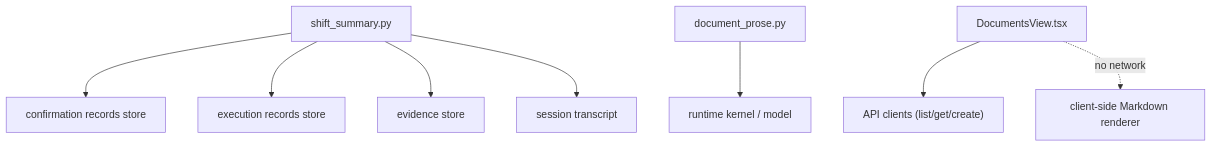
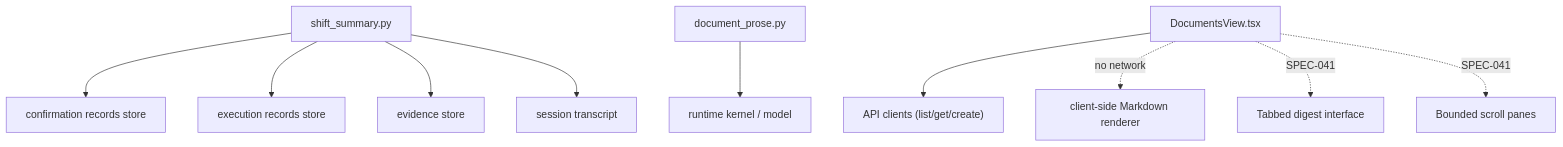
One commit to metasync/luban-aiops changed the eighth of 8 diagrams in .qoder/repowiki/en/content/Architecture Documentation/SPEC-040_ Shift-Summary Handover Narrative and Export.md. Above: the diagram before and after it, drawn with Mermaid. The commit also changed other lines of this file and 168 other files, not shown here.

````diff
--- a/.qoder/repowiki/en/content/Architecture Documentation/SPEC-040_ Shift-Summary Handover Narrative and Export.md
+++ b/.qoder/repowiki/en/content/Architecture Documentation/SPEC-040_ Shift-Summary Handover Narrative and Export.md
@@ -263,10 +318,12 @@
 ```mermaid
 graph TB
 SS["shift_summary.py"] --> CS["confirmation records store"]
 SS --> ES["execution records store"]
 SS --> ESTORE["evidence store"]
 SS --> T["session transcript"]
 DP["document_prose.py"] --> K["runtime kernel / model"]
 PV["DocumentsView.tsx"] --> API["API clients (list/get/create)"]
 PV -.->|no network| MD["client-side Markdown renderer"]
+PV -.->|SPEC-041| TABS["Tabbed digest interface"]
+PV -.->|SPEC-041| SCROLL["Bounded scroll panes"]
 ```
````
